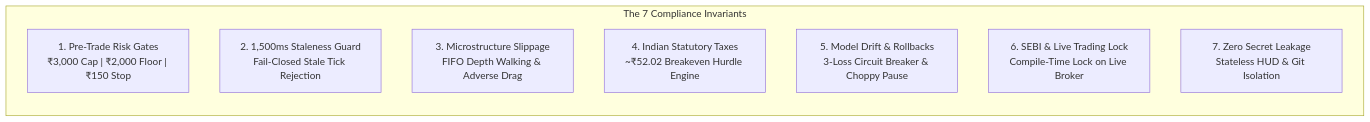
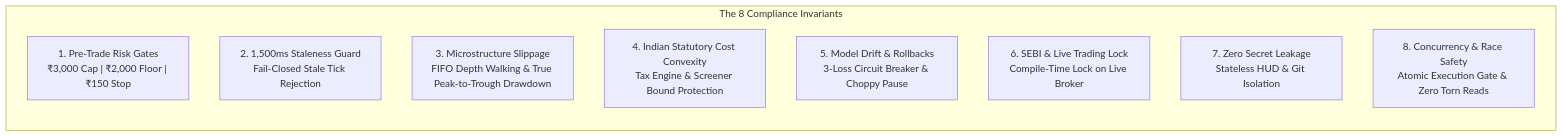
One commit to radhika13rai/nifty-options-arbitrage changed the diagram in AUDIT_COMPLIANCE.md. Above: the diagram before and after it, drawn with Mermaid. The commit also changed other lines of this file and 8 other files, not shown here.

Commit message:
feat(concurrency): implement atomic execution gate, eliminate check-then-act race, serialize SQLite writes, and document cost convexity

````diff
--- a/AUDIT_COMPLIANCE.md
+++ b/AUDIT_COMPLIANCE.md
@@ -33,13 +33,14 @@
 ```mermaid
 flowchart TD
-    subgraph CoreAuditPillars [The 7 Compliance Invariants]
+    subgraph CoreAuditPillars [The 8 Compliance Invariants]
         direction TB
         INV1["1. Pre-Trade Risk Gates<br/>₹3,000 Cap | ₹2,000 Floor | ₹150 Stop"]
         INV2["2. 1,500ms Staleness Guard<br/>Fail-Closed Stale Tick Rejection"]
-        INV3["3. Microstructure Slippage<br/>FIFO Depth Walking & Adverse Drag"]
-        INV4["4. Indian Statutory Taxes<br/>~₹52.02 Breakeven Hurdle Engine"]
+        INV3["3. Microstructure Slippage<br/>FIFO Depth Walking & True Peak-to-Trough Drawdown"]
+        INV4["4. Indian Statutory Cost Convexity<br/>Tax Engine & Screener Bound Protection"]
         INV5["5. Model Drift & Rollbacks<br/>3-Loss Circuit Breaker & Choppy Pause"]
         INV6["6. SEBI & Live Trading Lock<br/>Compile-Time Lock on Live Broker"]
         INV7["7. Zero Secret Leakage<br/>Stateless HUD & Git Isolation"]
+        INV8["8. Concurrency & Race Safety<br/>Atomic Execution Gate & Zero Torn Reads"]
     end
 ```
````
